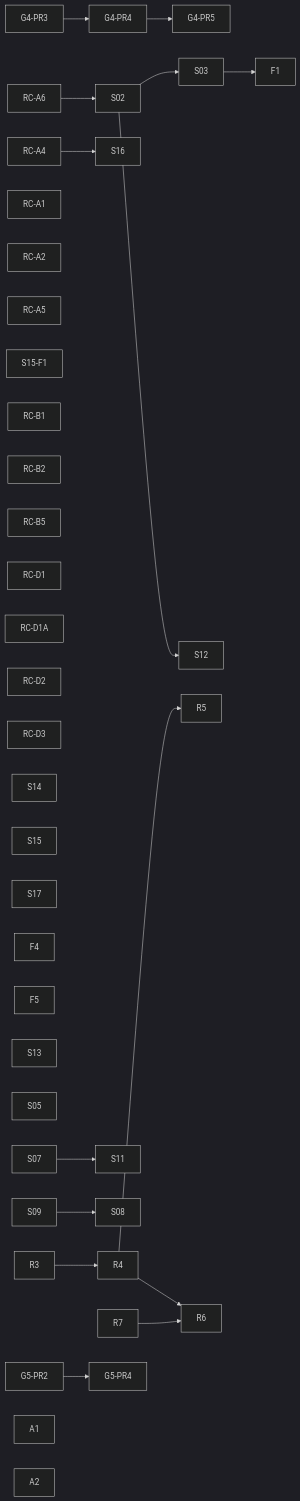
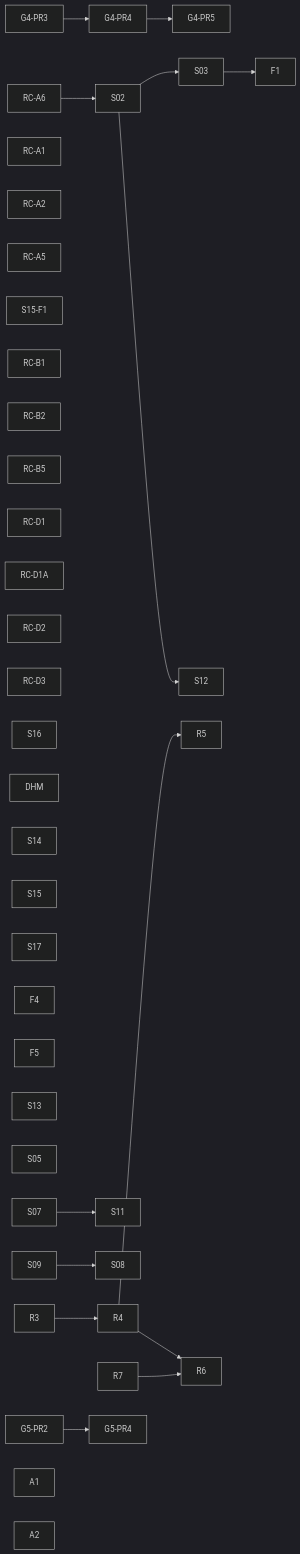
The diagram in docs/planning/state/open-task-route.md (dunay2/dvt), drawn with Mermaid (dark theme) before and after one commit. The commit also changed other lines of this file and 20 other files, not shown here.

````diff
--- a/docs/planning/state/open-task-route.md
+++ b/docs/planning/state/open-task-route.md
@@ -79,38 +79,40 @@
 ```mermaid
 flowchart LR
   G43[G4-PR3] --> G44[G4-PR4] --> G45[G4-PR5]
 
   RC_A6[RC-A6] --> S02[S02] --> S03[S03] --> F1[F1]
-  RC_A4[RC-A4] --> S16[S16]
   RC_A1[RC-A1]
   RC_A2[RC-A2]
   RC_A5[RC-A5]
   S15F1[S15-F1]
   RC_B1[RC-B1]
   RC_B2[RC-B2]
   RC_B5[RC-B5]
   RC_D1[RC-D1]
   RC_D1A[RC-D1A]
   RC_D2[RC-D2]
   RC_D3[RC-D3]
+  S16[S16]
+  DHM[DHM]
 
   S02 --> S12[S12]
   S14[S14]
   S15[S15]
   S17[S17]
   F4[F4]
   F5[F5]
   S13[S13]
   S05[S05]
 
   S07[S07] --> S11[S11]
   S09[S09] --> S08[S08]
 
   R3[R3] --> R4[R4] --> R5[R5]
   R4 --> R6[R6]
   R7[R7] --> R6
 
   G52[G5-PR2] --> G54[G5-PR4]
   A1[A1]
   A2[A2]
+  DHM
 ```
````
